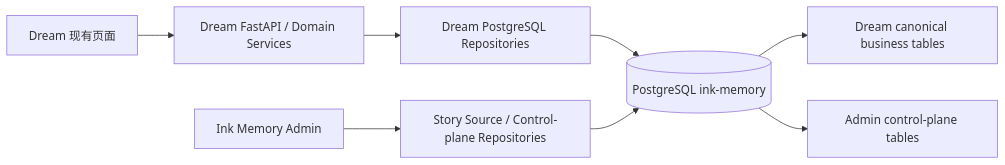
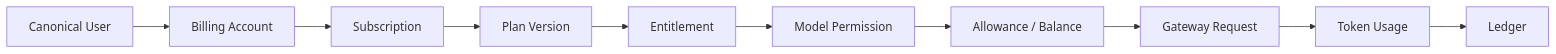
The diagram in docs/architecture/ink-dream-memory/README.md (glide-the/dream-im-platform), drawn with Mermaid before and after one commit. The commit also changed other lines of this file and 33 other files, not shown here.

First line of the commit message:
feat: Enhance admin model permissions UI and update gateway protocol tests

````diff
--- a/docs/architecture/ink-dream-memory/README.md
+++ b/docs/architecture/ink-dream-memory/README.md
@@ -48,10 +53,12 @@
 ```mermaid
 flowchart LR
-  UI["Dream 现有页面"] --> API["Dream FastAPI / Domain Services"]
-  API --> Repo["Dream PostgreSQL Repositories"]
-  Repo --> PG[("PostgreSQL ink-memory")]
-  Admin["Ink Memory Admin"] --> AdminRepo["Story Source / Control-plane Repositories"]
-  AdminRepo --> PG
-  PG --> Biz["Dream canonical business tables"]
-  PG --> Control["Admin control-plane tables"]
+  U["Canonical User"] --> B["Billing Account"]
+  B --> S["Subscription"]
+  S --> V["Plan Version"]
+  V --> E["Entitlement"]
+  E --> M["Model Permission"]
+  M --> A["Allowance / Balance"]
+  A --> G["Gateway Request"]
+  G --> T["Token Usage"]
+  T --> L["Ledger"]
 ```
````
